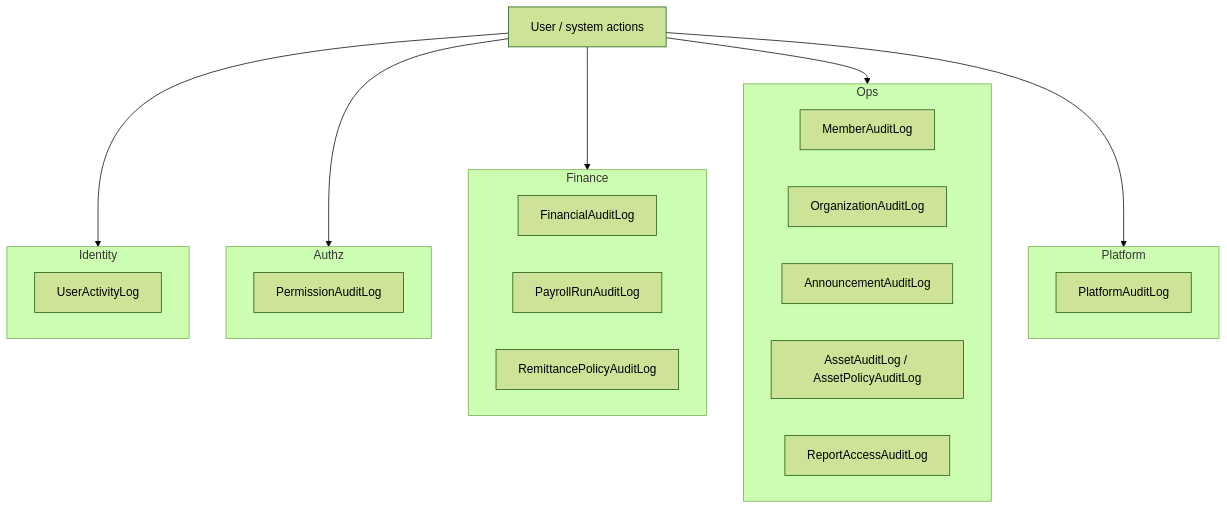
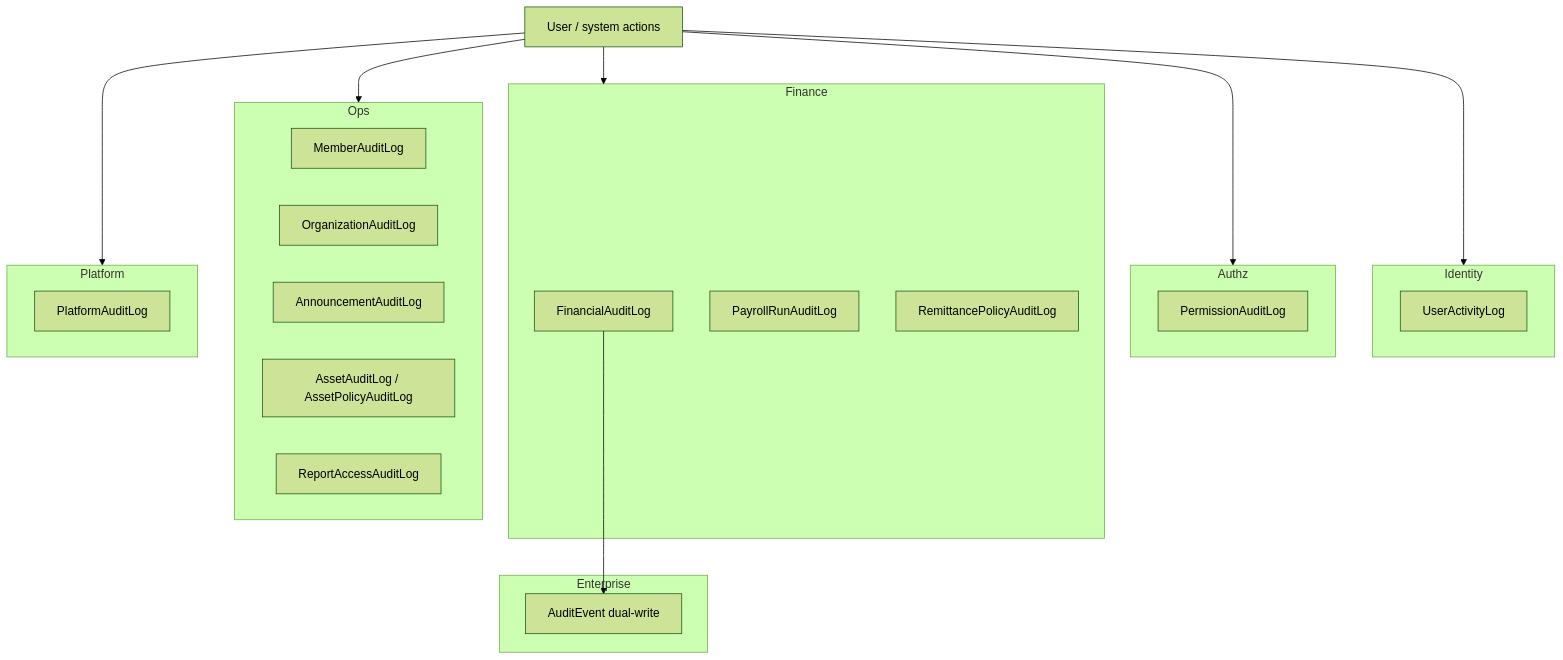
Before and after one commit to abrahamthompson46-alt/churchhub: the first of 3 diagrams in docs/SECURITY/AUDIT_COMPLIANCE.md, drawn with Mermaid (forest theme). The commit also changed other lines of this file and 37 other files, not shown here.

Commit message:
feat(audit): add enterprise audit dual-write and scoped controls UI

````diff
--- a/docs/SECURITY/AUDIT_COMPLIANCE.md
+++ b/docs/SECURITY/AUDIT_COMPLIANCE.md
@@ -19,29 +19,33 @@
 ```mermaid
 flowchart TB
   subgraph Identity
     UAL[UserActivityLog]
   end
   subgraph Authz
     PAL[PermissionAuditLog]
   end
   subgraph Finance
     FAL[FinancialAuditLog]
     PAYA[PayrollRunAuditLog]
     REMA[RemittancePolicyAuditLog]
+  end
+  subgraph Enterprise
+    AEV[AuditEvent dual-write]
   end
   subgraph Ops
     MAL[MemberAuditLog]
     OAL[OrganizationAuditLog]
     AAL[AnnouncementAuditLog]
     ASA[AssetAuditLog / AssetPolicyAuditLog]
     RAL[ReportAccessAuditLog]
   end
   subgraph Platform
     PLAT[PlatformAuditLog]
   end
   Actions[User / system actions] --> Identity
   Actions --> Authz
   Actions --> Finance
   Actions --> Ops
   Actions --> Platform
+  FAL --> AEV
 ```
````
